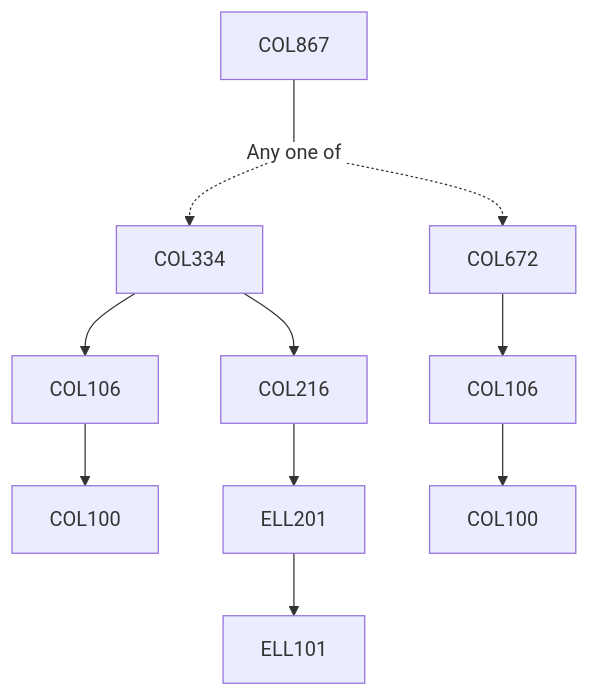
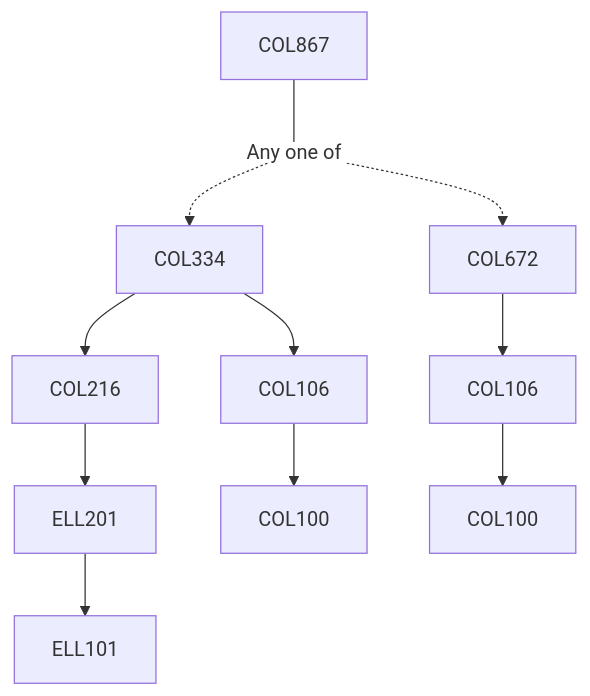
The diagram in content/Computer Science and Engineering/COL867.md (KeshavBansal0122/CoS_Website), drawn with Mermaid before and after one commit. The commit also changed other lines of this file and 2662 other files, not shown here.

````diff
--- a/content/Computer Science and Engineering/COL867.md
+++ b/content/Computer Science and Engineering/COL867.md
@@ -13,17 +13,17 @@
 ```mermaid
 flowchart TD
 COL867-943[COL867]
 COL867-943 --- Or944[Any one of]:::empty
-COL334-945 --> COL106-945[COL106]
-COL106-945 --> COL100-945[COL100]
-ELL201-945 --> ELL101-945[ELL101]
-COL334-945 --> COL216-945[COL216]
 Or944 -.-> COL334-945[COL334]
 COL216-945 --> ELL201-945[ELL201]
+COL106-945 --> COL100-945[COL100]
+COL334-945 --> COL106-945[COL106]
+COL334-945 --> COL216-945[COL216]
+ELL201-945 --> ELL101-945[ELL101]
 COL672-946 --> COL106-946[COL106]
 Or944 -.-> COL672-946[COL672]
 COL106-946 --> COL100-946[COL100]
 
 classDef empty height:17px, fill:transparent, stroke:transparent;
 classDef trueEmpty height:0px, width:0px;
 ```
````
